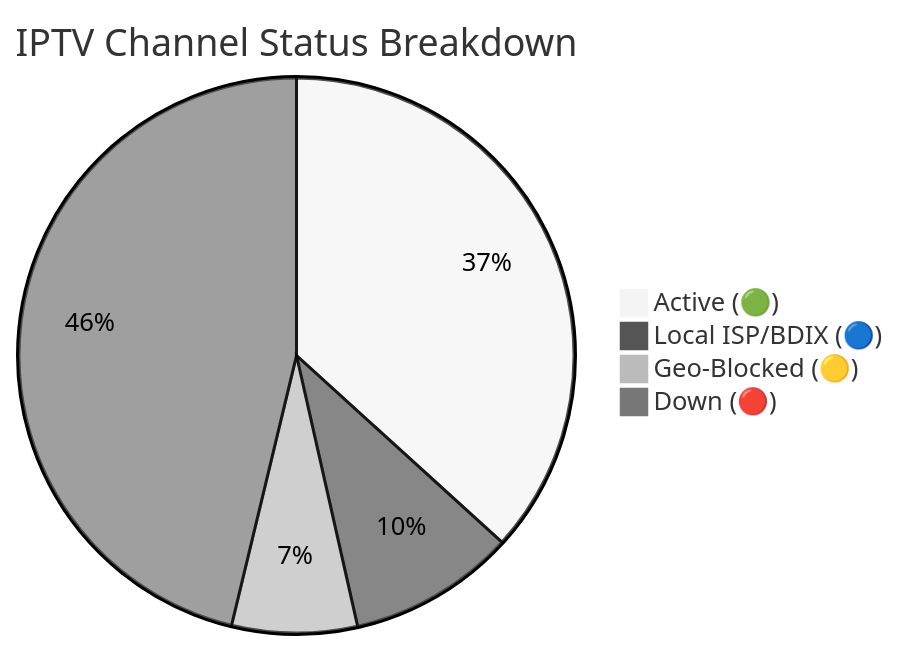
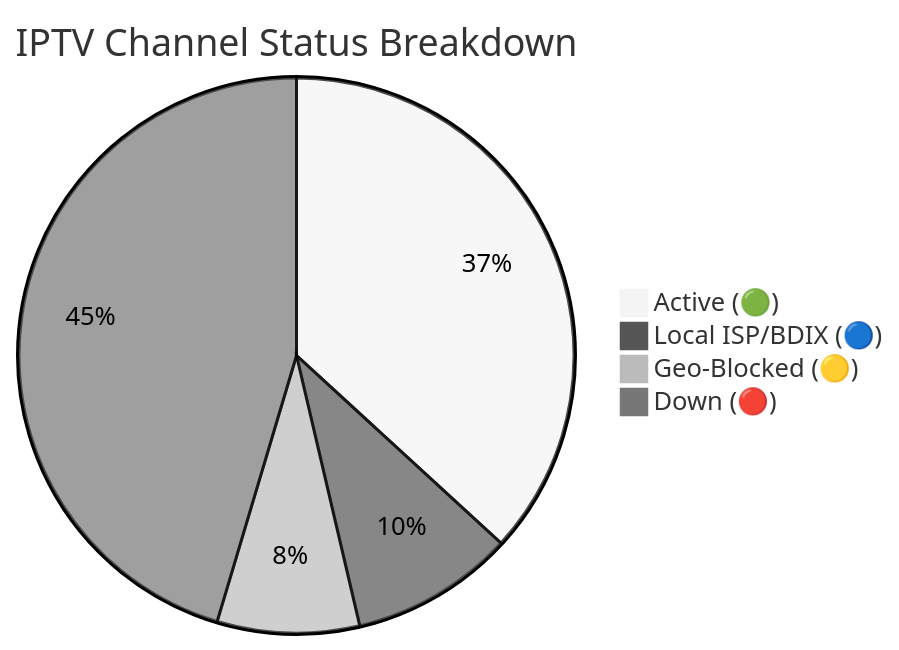
The diagram in README.md (andreataylord/Ip-tv-Collection), drawn with Mermaid (neutral theme) before and after one commit. The commit also changed other lines of this file and 3 other files, not shown here.

````diff
--- a/README.md
+++ b/README.md
@@ -59,7 +59,7 @@
 ```mermaid
 pie title IPTV Channel Status Breakdown
-    "Active (🟢)" : 2906
-    "Local ISP/BDIX (🔵)" : 769
-    "Geo-Blocked (🟡)" : 577
-    "Down (🔴)" : 3657
+    "Active (🟢)" : 2968
+    "Local ISP/BDIX (🔵)" : 768
+    "Geo-Blocked (🟡)" : 667
+    "Down (🔴)" : 3659
 ```
````
